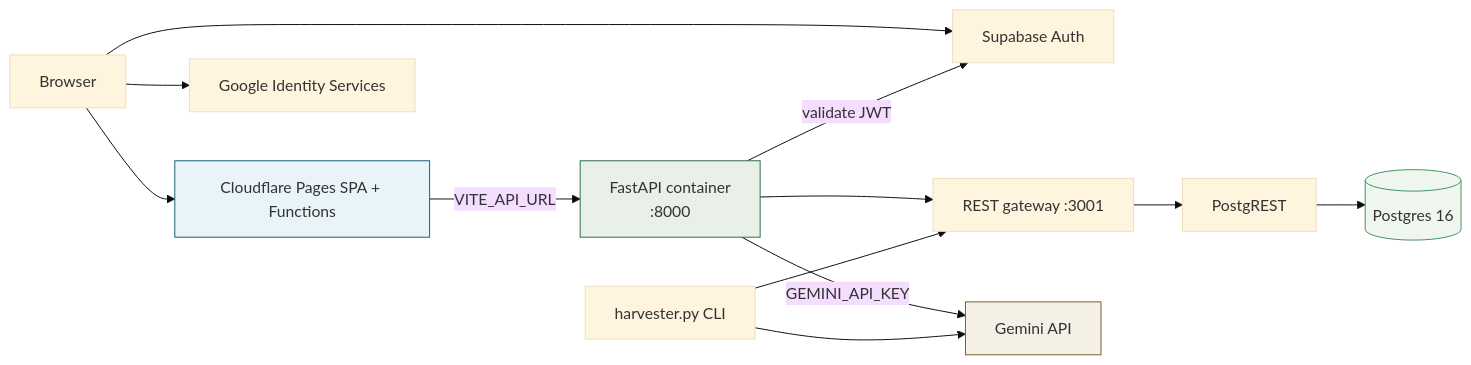
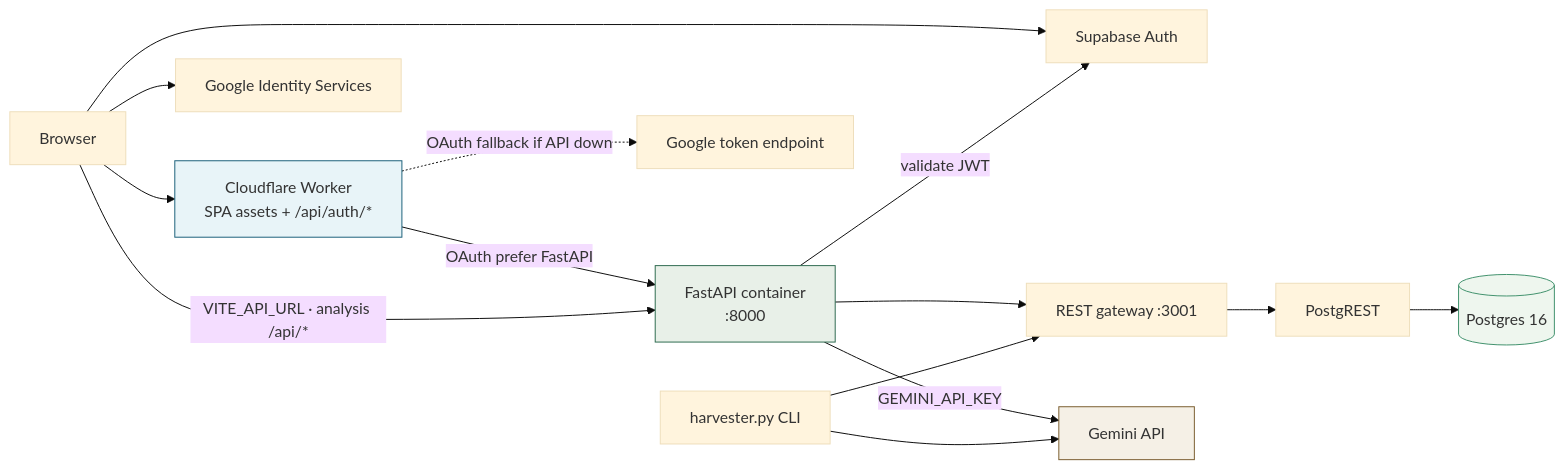
Before and after one commit to Preebg/RealEstateAI: the third of 12 diagrams in README.md, drawn with Mermaid (base theme). The commit also changed other lines of this file, not shown here.

First line of the commit message:
Refresh README for Workers architecture

````diff
--- a/README.md
+++ b/README.md
@@ -144,19 +151,21 @@
 ```mermaid
 flowchart LR
-    U[Browser] --> N[Cloudflare Pages SPA + Functions]
+    U[Browser] --> N[Cloudflare Worker<br/>SPA assets + /api/auth/*]
     U --> S[Supabase Auth]
     U --> GGL[Google Identity Services]
-    N -->|VITE_API_URL| F[FastAPI container<br/>:8000]
+    N -->|OAuth prefer FastAPI| F[FastAPI container<br/>:8000]
+    N -.->|OAuth fallback if API down| TOK[Google token endpoint]
+    U -->|VITE_API_URL · analysis /api/*| F
     F --> GW[REST gateway :3001]
     GW --> PR[PostgREST]
     PR --> P[(Postgres 16)]
     F -->|validate JWT| S
     F -->|GEMINI_API_KEY| G[Gemini API]
     H[harvester.py CLI] --> GW
     H --> G
 
     style N fill:#e8f4f8,stroke:#1a5f7a
     style F fill:#e8f0e8,stroke:#2d6a4f
     style P fill:#eef6ee,stroke:#40916c
     style G fill:#f5f0e6,stroke:#7a5c2e
 ```
````
